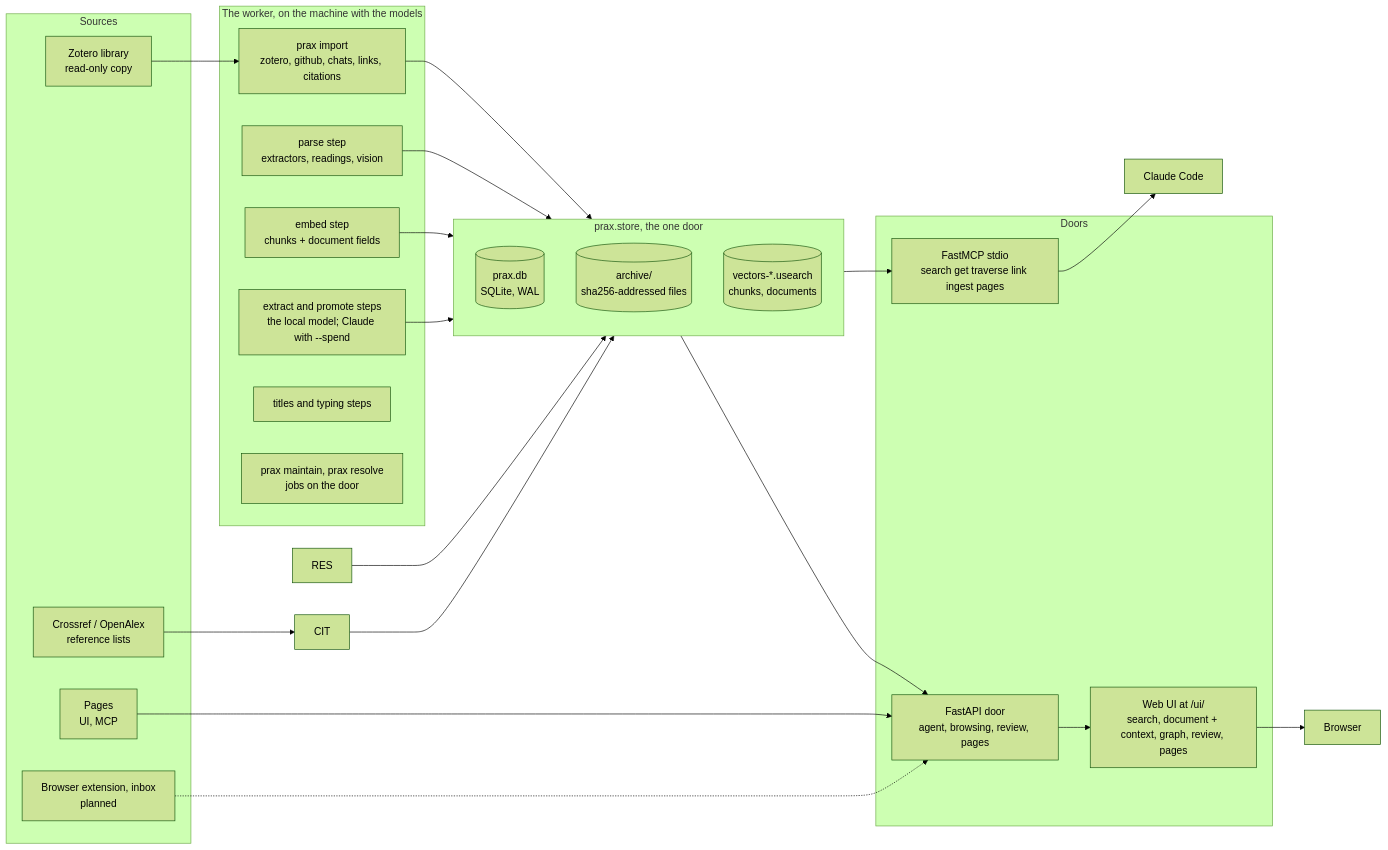
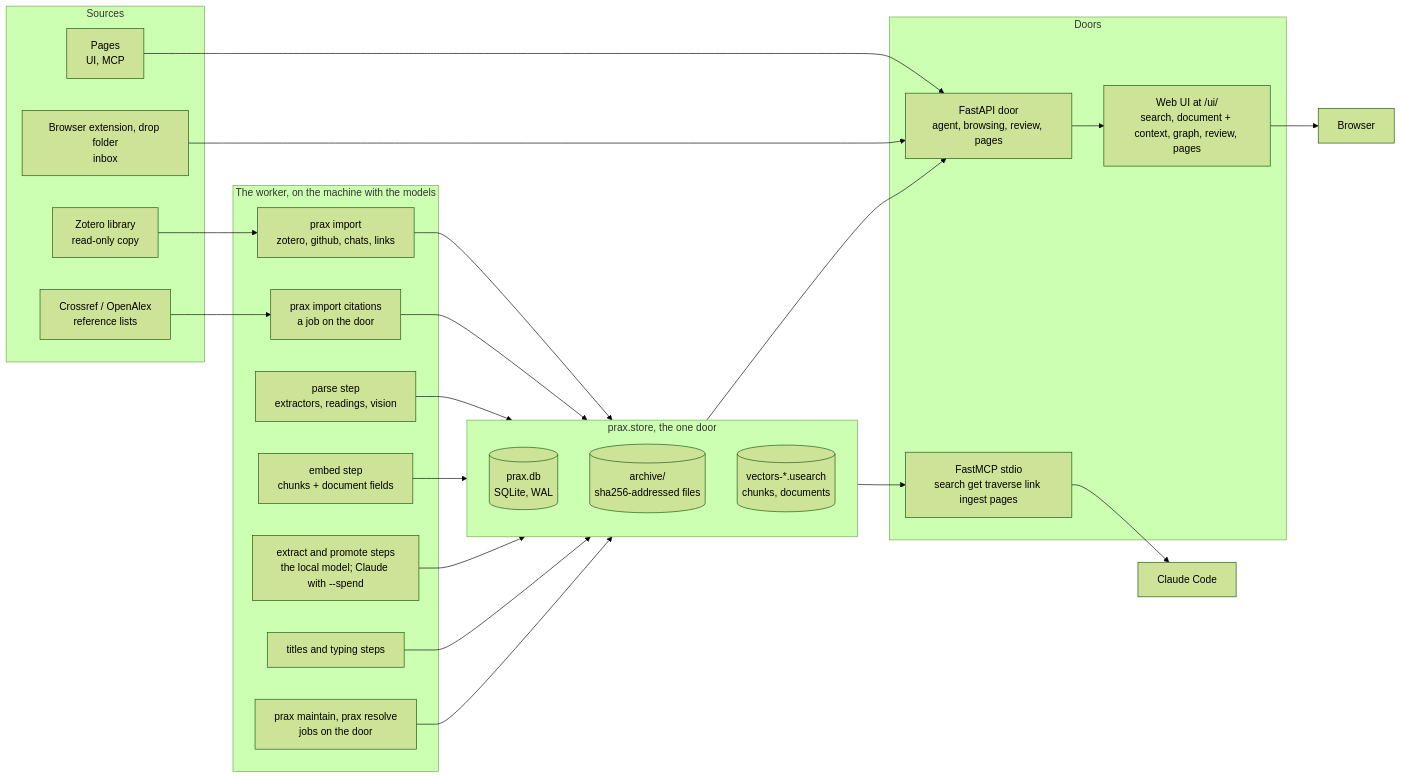
One commit to lodsb/prax changed the first of 3 diagrams in docs/architecture.md. Above: the diagram before and after it, drawn with Mermaid (forest theme). The commit also changed other lines of this file and 10 other files, not shown here.

First line of the commit message:
the docs brought up to date, the README's numbers of 2026-10-07, and prax's data model beside Utopia, Graphiti, Cognee, Semantica and Basic Memory

````diff
--- a/docs/architecture.md
+++ b/docs/architecture.md
@@ -42,38 +43,40 @@
 ```mermaid
 flowchart LR
   subgraph sources [Sources]
     Z[Zotero library<br/>read-only copy]
     CR[Crossref / OpenAlex<br/>reference lists]
     W[Pages<br/>UI, MCP]
-    B[Browser extension, inbox<br/>planned]
+    B[Browser extension, drop folder<br/>inbox]
   end
   subgraph batch [The worker, on the machine with the models]
-    IMP[prax import<br/>zotero, github, chats, links, citations]
+    IMP[prax import<br/>zotero, github, chats, links]
+    CIT[prax import citations<br/>a job on the door]
     PQ[parse step<br/>extractors, readings, vision]
     EMB[embed step<br/>chunks + document fields]
     EXT[extract and promote steps<br/>the local model; Claude with --spend]
     TYP[titles and typing steps]
     MNT[prax maintain, prax resolve<br/>jobs on the door]
   end
   subgraph store [prax.store, the one door]
     DB[(prax.db<br/>SQLite, WAL)]
     AR[(archive/<br/>sha256-addressed files)]
     VX[(vectors-*.usearch<br/>chunks, documents)]
   end
   subgraph doors [Doors]
     API[FastAPI door<br/>agent, browsing, review, pages]
     MCP[FastMCP stdio<br/>search get traverse link ingest pages]
     UI[Web UI at /ui/<br/>search, document + context, graph, review, pages]
   end
   Z --> IMP --> store
   CR --> CIT --> store
   W --> API
-  B -.-> API
+  B --> API
   PQ --> store
   EMB --> store
   EXT --> store
-  RES --> store
+  TYP --> store
+  MNT --> store
   store --> API
   store --> MCP --> C[Claude Code]
   API --> UI --> Browser
 ```
````
